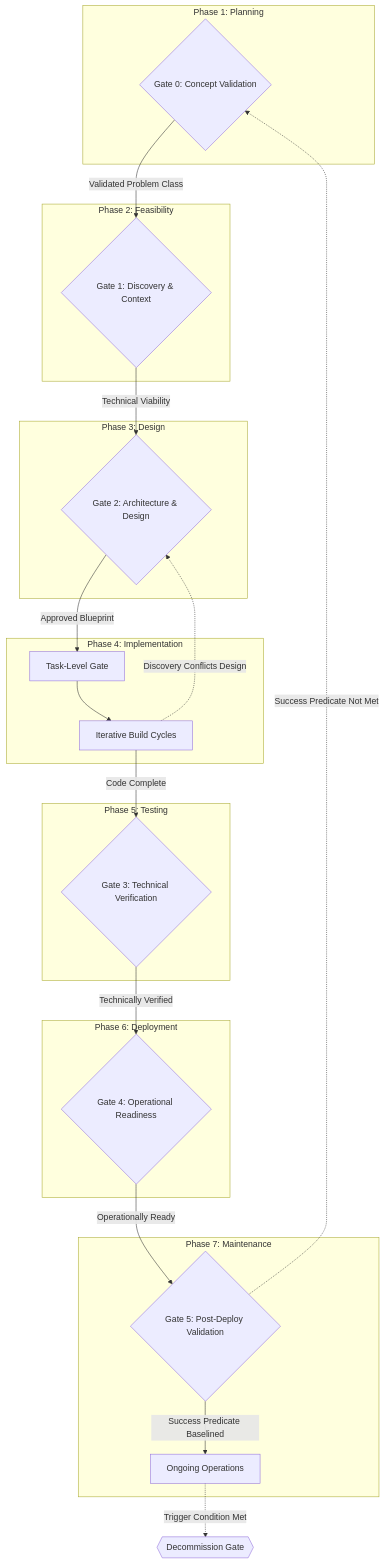
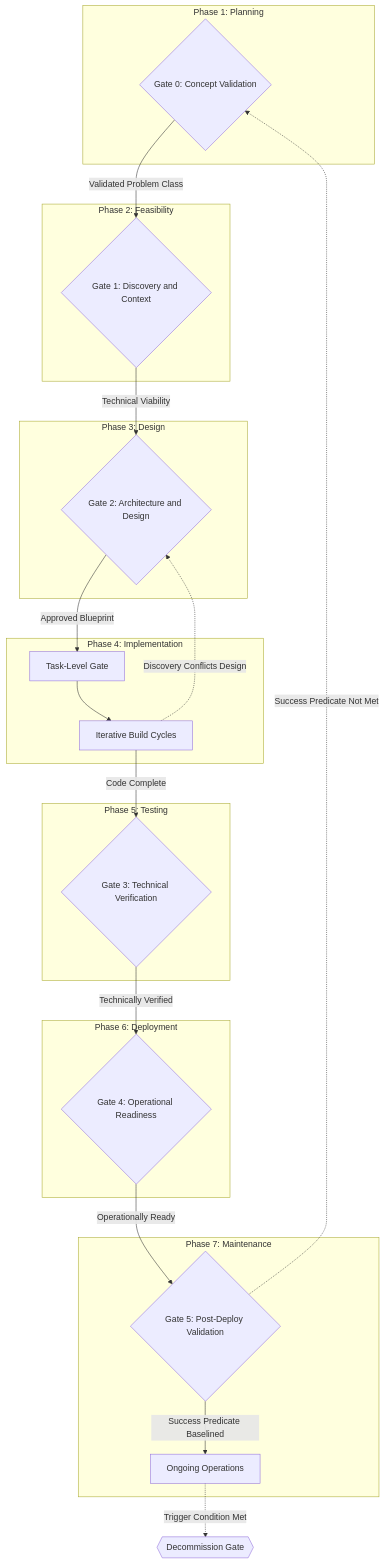
One commit to nbarari/ai-orchestrator changed the diagram in manual.md. Above: the diagram before and after it, drawn with Mermaid. The commit also changed other lines of this file, not shown here.

````diff
--- a/manual.md
+++ b/manual.md
@@ -21,54 +25,45 @@
 ```mermaid
 graph TD
-  %% Phase 1
   subgraph P1 [Phase 1: Planning]
     G0{Gate 0: Concept Validation}
   end
 
-  %% Phase 2
   subgraph P2 [Phase 2: Feasibility]
-    G1{Gate 1: Discovery & Context}
+    G1{Gate 1: Discovery and Context}
   end
 
-  %% Phase 3
   subgraph P3 [Phase 3: Design]
-    G2{Gate 2: Architecture & Design}
+    G2{Gate 2: Architecture and Design}
   end
 
-  %% Phase 4
   subgraph P4 [Phase 4: Implementation]
     TaskGate[Task-Level Gate]
     Build[Iterative Build Cycles]
   end
 
-  %% Phase 5
   subgraph P5 [Phase 5: Testing]
     G3{Gate 3: Technical Verification}
   end
 
-  %% Phase 6
   subgraph P6 [Phase 6: Deployment]
     G4{Gate 4: Operational Readiness}
   end
 
-  %% Phase 7
   subgraph P7 [Phase 7: Maintenance]
     G5{Gate 5: Post-Deploy Validation}
     Ops[Ongoing Operations]
   end
 
-  %% Main Logic Flow
   G0 -->|Validated Problem Class| G1
   G1 -->|Technical Viability| G2
   G2 -->|Approved Blueprint| TaskGate
   TaskGate --> Build
   Build -->|Code Complete| G3
   G3 -->|Technically Verified| G4
   G4 -->|Operationally Ready| G5
   G5 -->|Success Predicate Baselined| Ops
 
-  %% Cognitive Feedback Loops
   Build -.->|Discovery Conflicts Design| G2
   G5 -.->|Success Predicate Not Met| G0
   Ops -.->|Trigger Condition Met| Decom{{Decommission Gate}}
 ```
````
